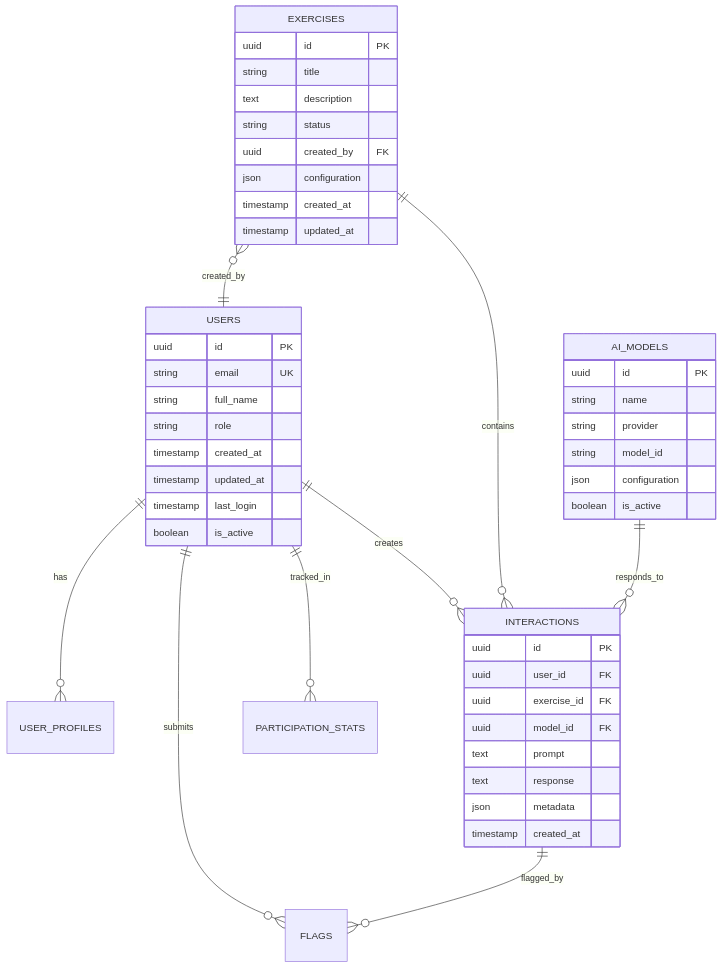
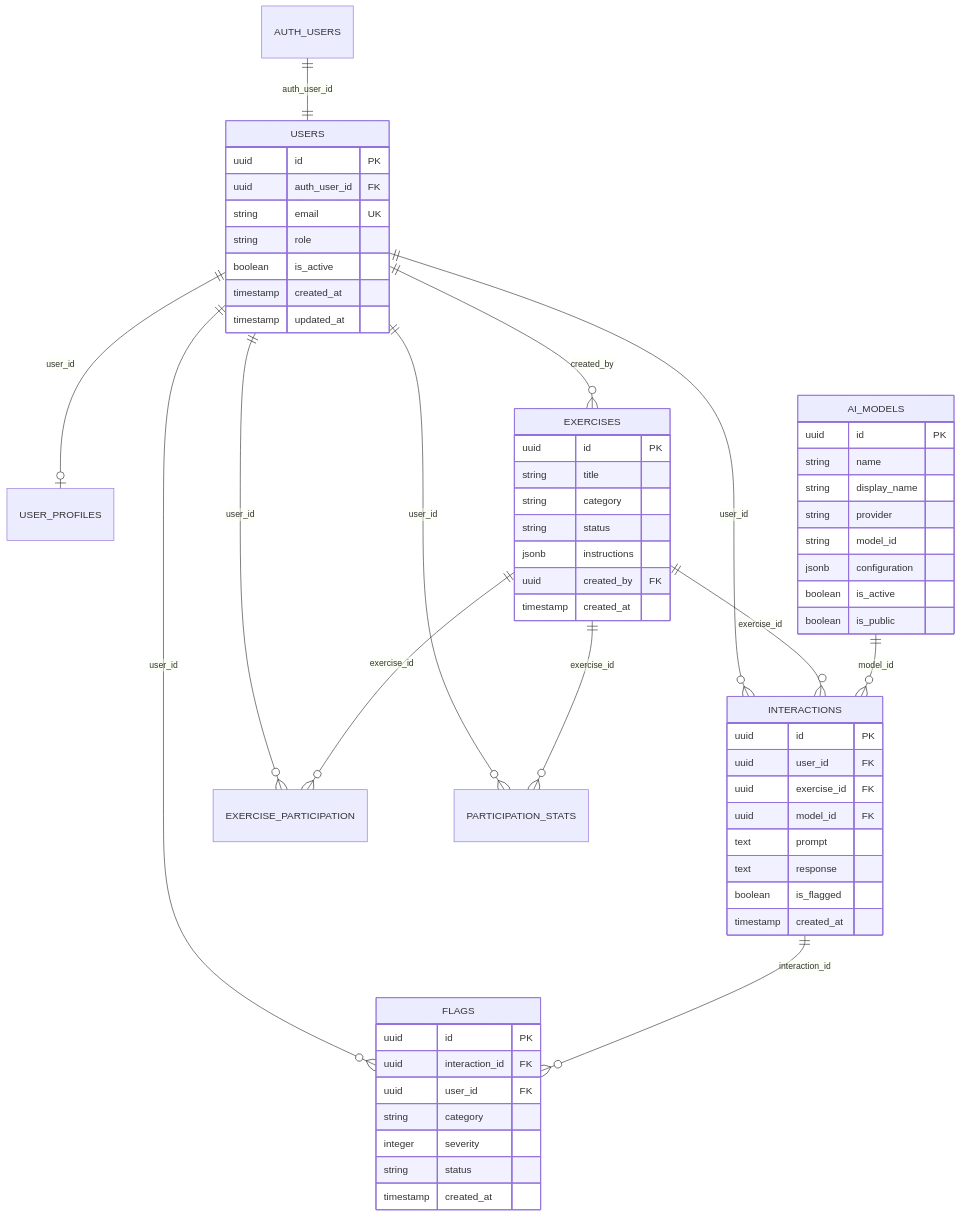
The second of 6 diagrams in docs/technical/architecture-overview.md (somos-red-teaming/somosportal), drawn with Mermaid before and after one commit. The commit also changed other lines of this file and 16 other files, not shown here.

````diff
--- a/docs/technical/architecture-overview.md
+++ b/docs/technical/architecture-overview.md
@@ -118,53 +129,69 @@
 ```mermaid
 erDiagram
-    USERS ||--o{ USER_PROFILES : has
-    USERS ||--o{ INTERACTIONS : creates
-    USERS ||--o{ FLAGS : submits
-    EXERCISES ||--o{ INTERACTIONS : contains
-    EXERCISES }o--|| USERS : created_by
-    AI_MODELS ||--o{ INTERACTIONS : responds_to
-    INTERACTIONS ||--o{ FLAGS : flagged_by
-    USERS ||--o{ PARTICIPATION_STATS : tracked_in
+    AUTH_USERS ||--|| USERS : "auth_user_id"
+    USERS ||--o| USER_PROFILES : "user_id"
+    USERS ||--o{ EXERCISES : "created_by"
+    USERS ||--o{ INTERACTIONS : "user_id"
+    USERS ||--o{ FLAGS : "user_id"
+    USERS ||--o{ EXERCISE_PARTICIPATION : "user_id"
+    USERS ||--o{ PARTICIPATION_STATS : "user_id"
+    
+    EXERCISES ||--o{ EXERCISE_PARTICIPATION : "exercise_id"
+    EXERCISES ||--o{ INTERACTIONS : "exercise_id"
+    EXERCISES ||--o{ PARTICIPATION_STATS : "exercise_id"
+    
+    AI_MODELS ||--o{ INTERACTIONS : "model_id"
+    INTERACTIONS ||--o{ FLAGS : "interaction_id"
     
     USERS {
         uuid id PK
+        uuid auth_user_id FK
         string email UK
-        string full_name
         string role
-        timestamp created_at
-        timestamp updated_at
-        timestamp last_login
         boolean is_active
-    }
-    
-    EXERCISES {
-        uuid id PK
-        string title
-        text description
-        string status
-        uuid created_by FK
-        json configuration
         timestamp created_at
         timestamp updated_at
     }
     
     AI_MODELS {
         uuid id PK
         string name
+        string display_name
         string provider
         string model_id
-        json configuration
+        jsonb configuration
         boolean is_active
+        boolean is_public
+    }
+    
+    EXERCISES {
+        uuid id PK
+        string title
+        string category
+        string status
+        jsonb instructions
+        uuid created_by FK
+        timestamp created_at
     }
     
     INTERACTIONS {
         uuid id PK
         uuid user_id FK
         uuid exercise_id FK
         uuid model_id FK
         text prompt
         text response
-        json metadata
+        boolean is_flagged
+        timestamp created_at
+    }
+    
+    FLAGS {
+        uuid id PK
+        uuid interaction_id FK
+        uuid user_id FK
+        string category
+        integer severity
+        string status
         timestamp created_at
     }
 ```
````
